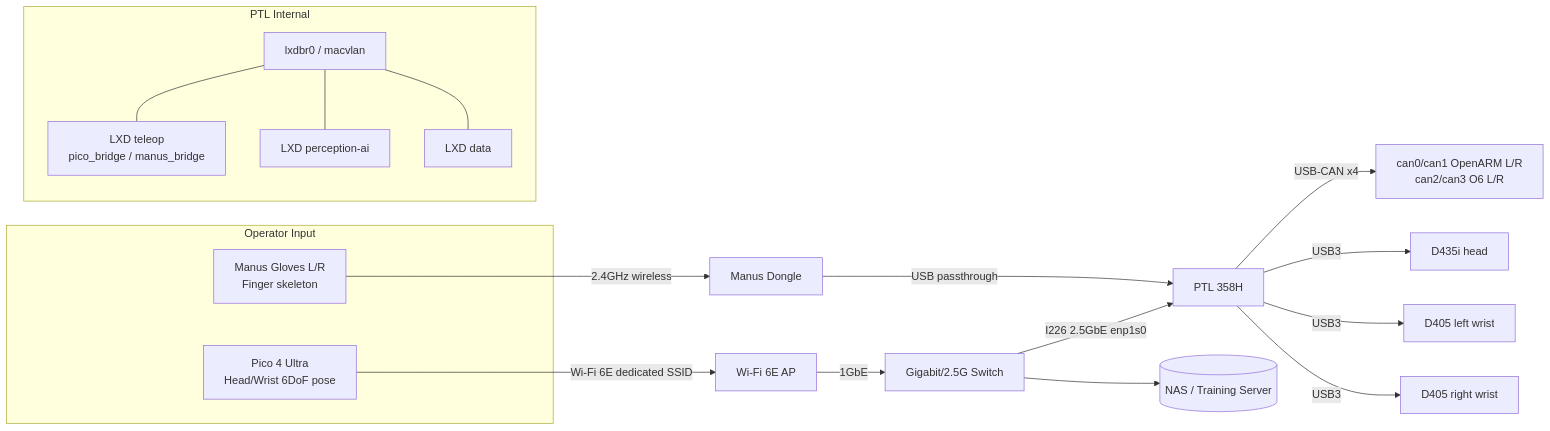
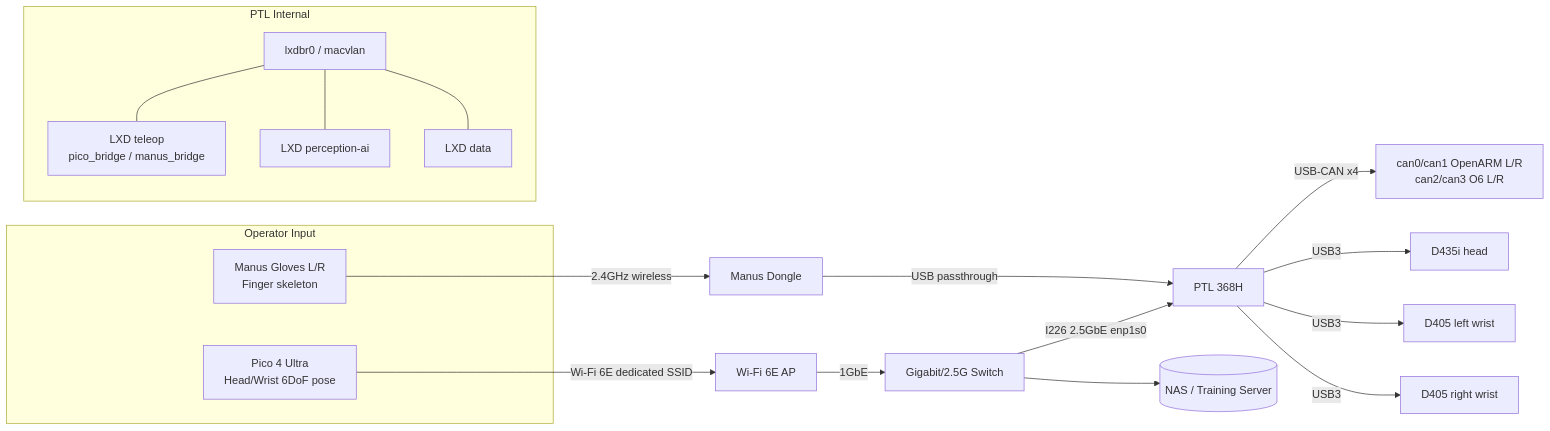
Before and after one commit to yanghc18/intel-teleop-data-collection: the third of 3 diagrams in docs/plan.md, drawn with Mermaid. The commit also changed other lines of this file and 1 other file, not shown here.

Commit message:
Docs: CPU model 368H; remove Isaac Sim Bridge and risk list from architecture request

````diff
--- a/docs/plan.md
+++ b/docs/plan.md
@@ -317,23 +317,23 @@
 ```mermaid
 flowchart LR
   subgraph OP[Operator Input]
     PICO[Pico 4 Ultra<br/>Head/Wrist 6DoF pose]
     MANUS[Manus Gloves L/R<br/>Finger skeleton]
   end
   MANUS -- 2.4GHz wireless --> DONGLE[Manus Dongle]
   PICO -- Wi-Fi 6E dedicated SSID --> AP[Wi-Fi 6E AP]
   AP -- 1GbE --> SW[Gigabit/2.5G Switch]
 
   DONGLE -- USB passthrough --> PTL
-  SW -- I226 2.5GbE enp1s0 --> PTL[PTL 358H]
+  SW -- I226 2.5GbE enp1s0 --> PTL[PTL 368H]
   SW --> NAS[(NAS / Training Server)]
   PTL -- USB-CAN x4 --> CANBUS[can0/can1 OpenARM L/R<br/>can2/can3 O6 L/R]
   PTL -- USB3 --> D435[D435i head]
   PTL -- USB3 --> D405L[D405 left wrist]
   PTL -- USB3 --> D405R[D405 right wrist]
   subgraph PTL_INT[PTL Internal]
     BR[lxdbr0 / macvlan] --- T[LXD teleop<br/>pico_bridge / manus_bridge]
     BR --- P[LXD perception-ai]
     BR --- D[LXD data]
   end
 ```
````
